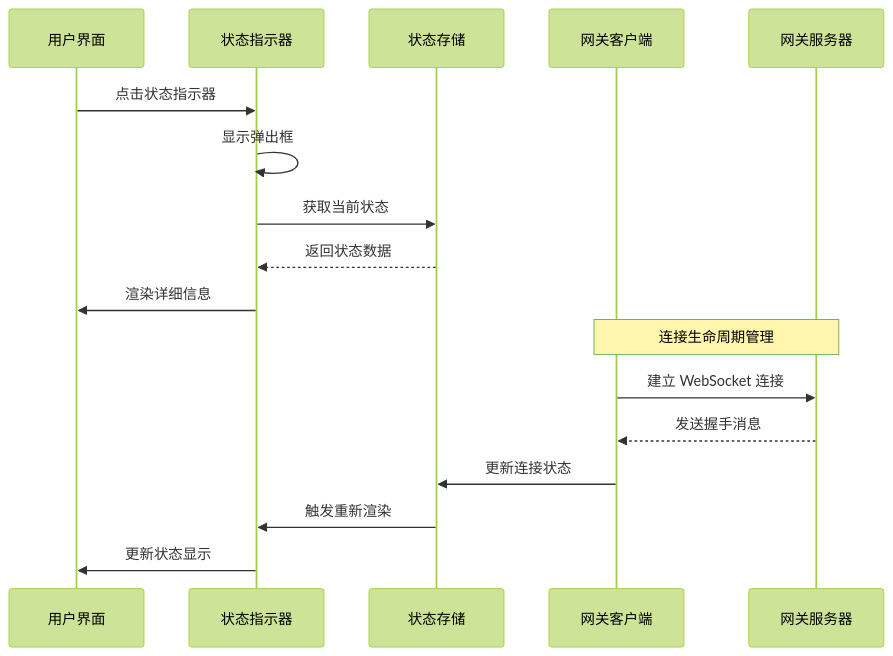
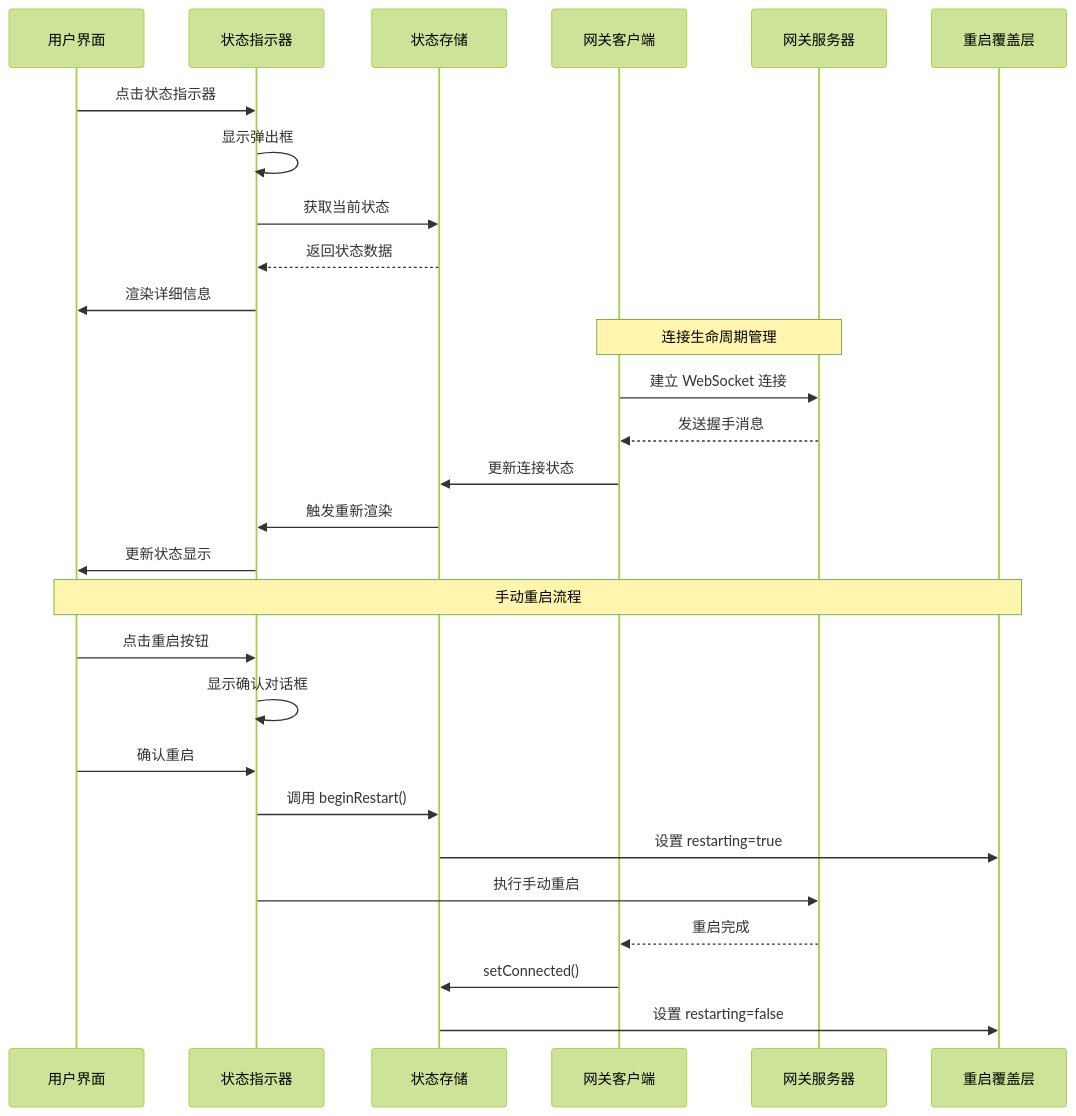
One commit to verse-ai-org/openclaw changed the third of 8 diagrams in .qoder/repowiki/zh/content/Web界面/UI组件系统/网关状态指示器.md. Above: the diagram before and after it, drawn with Mermaid (forest theme). The commit also changed other lines of this file and 19 other files, not shown here.

````diff
--- a/.qoder/repowiki/zh/content/Web界面/UI组件系统/网关状态指示器.md
+++ b/.qoder/repowiki/zh/content/Web界面/UI组件系统/网关状态指示器.md
@@ -144,19 +181,30 @@
 ```mermaid
 sequenceDiagram
 participant UI as 用户界面
 participant Indicator as 状态指示器
 participant Store as 状态存储
 participant Client as 网关客户端
 participant Server as 网关服务器
+participant Overlay as 重启覆盖层
 UI->>Indicator : 点击状态指示器
 Indicator->>Indicator : 显示弹出框
 Indicator->>Store : 获取当前状态
 Store-->>Indicator : 返回状态数据
 Indicator->>UI : 渲染详细信息
 Note over Client,Server : 连接生命周期管理
 Client->>Server : 建立 WebSocket 连接
 Server-->>Client : 发送握手消息
 Client->>Store : 更新连接状态
 Store->>Indicator : 触发重新渲染
 Indicator->>UI : 更新状态显示
+Note over UI,Overlay : 手动重启流程
+UI->>Indicator : 点击重启按钮
+Indicator->>Indicator : 显示确认对话框
+UI->>Indicator : 确认重启
+Indicator->>Store : 调用 beginRestart()
+Store->>Overlay : 设置 restarting=true
+Indicator->>Server : 执行手动重启
+Server-->>Client : 重启完成
+Client->>Store : setConnected()
+Store->>Overlay : 设置 restarting=false
 ```
````
